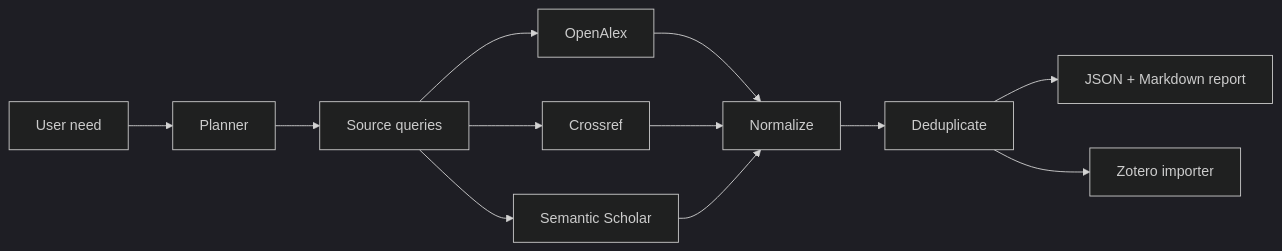
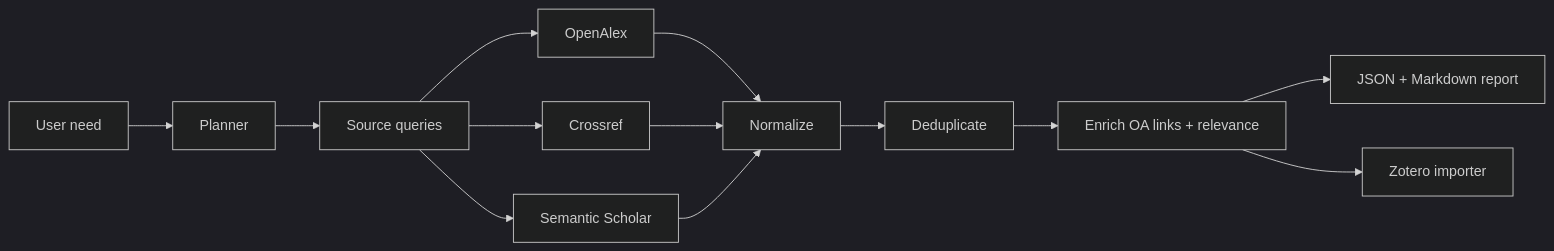
The diagram in ARCHITECTURE.md (G-luckily/literature-search-assistant), drawn with Mermaid (dark theme) before and after one commit. The commit also changed other lines of this file and 13 other files, not shown here.

````diff
--- a/ARCHITECTURE.md
+++ b/ARCHITECTURE.md
@@ -18,14 +18,15 @@
 ```mermaid
 flowchart LR
     A["User need"] --> B["Planner"]
     B --> C["Source queries"]
     C --> D["OpenAlex"]
     C --> E["Crossref"]
     C --> F["Semantic Scholar"]
     D --> G["Normalize"]
     E --> G
     F --> G
     G --> H["Deduplicate"]
-    H --> I["JSON + Markdown report"]
-    H --> J["Zotero importer"]
+    H --> K["Enrich OA links + relevance"]
+    K --> I["JSON + Markdown report"]
+    K --> J["Zotero importer"]
 ```
````
